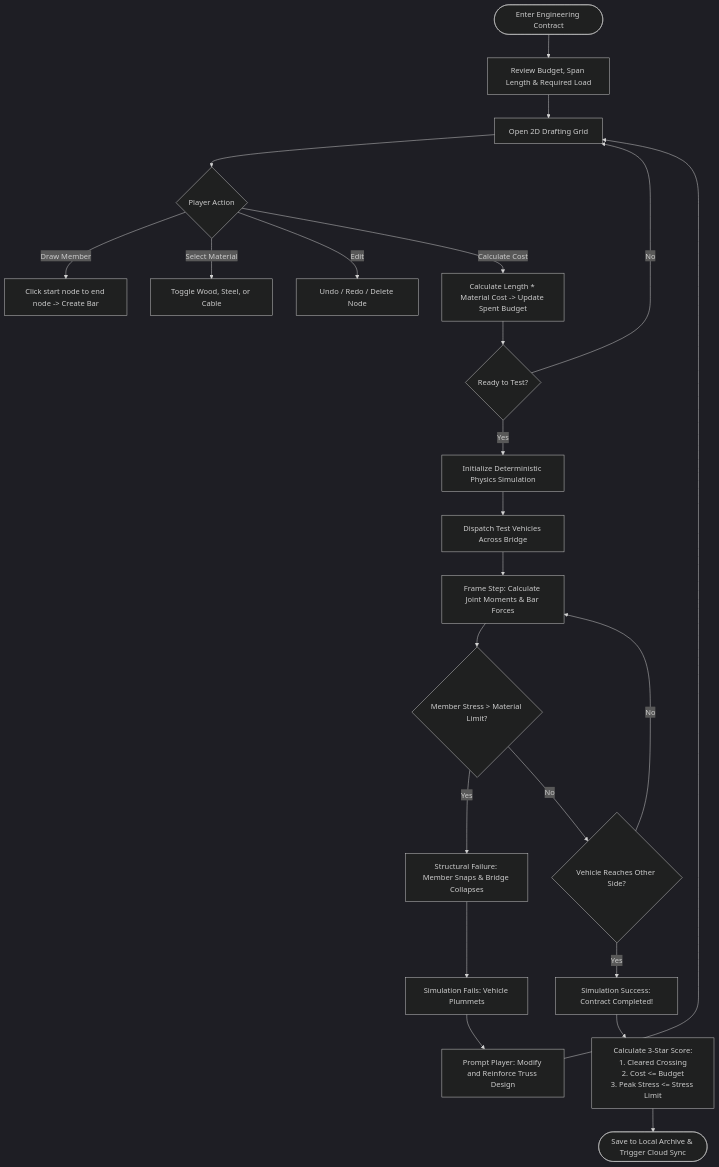
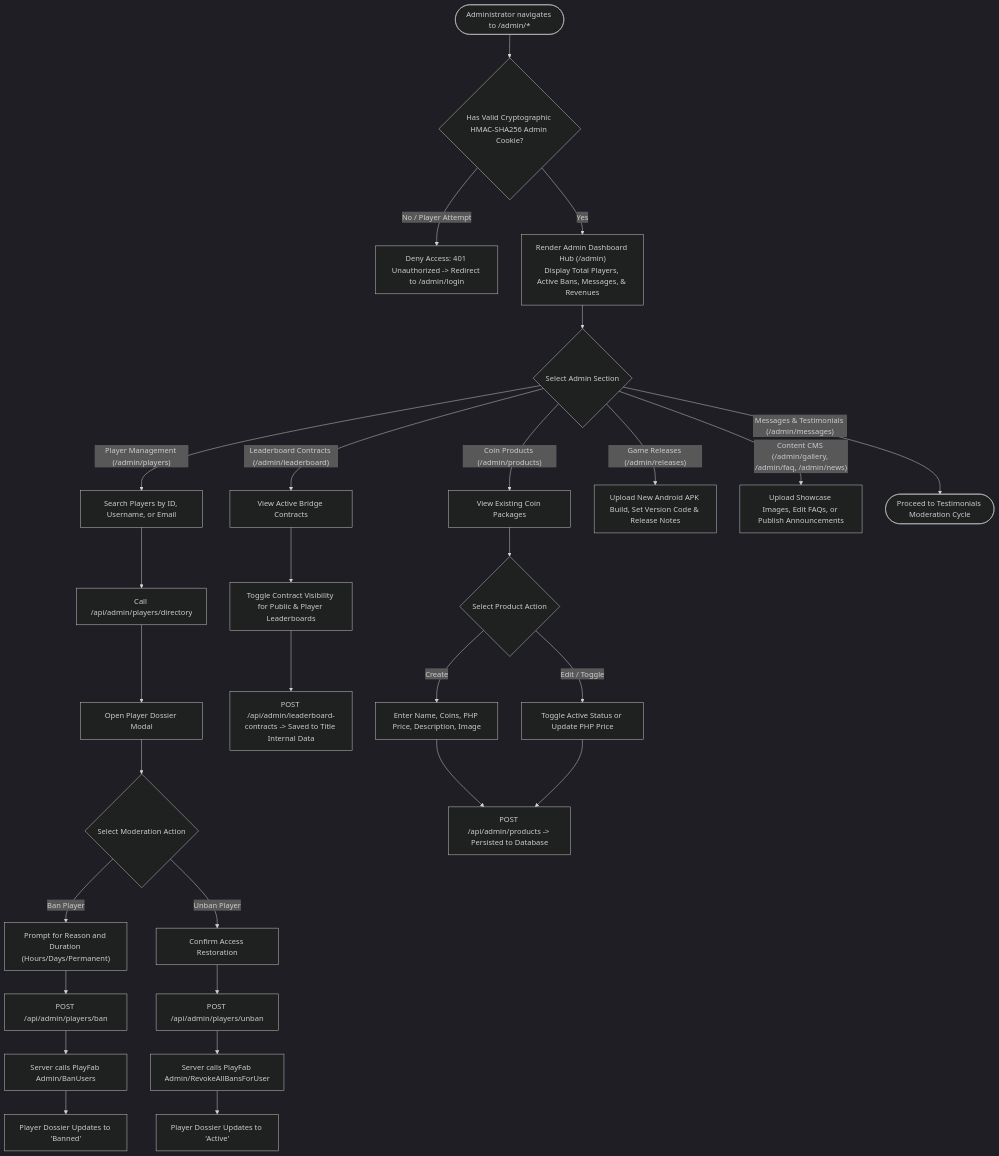
Before and after one commit to Astra1127/CivilCraft: the fifth of 9 diagrams in docs/thesis/SYSTEM_FLOWCHART.md, drawn with Mermaid (dark theme). The commit also changed other lines of this file, not shown here.

Commit message:
docs: update CivilCraft website system flowchart

````diff
--- a/docs/thesis/SYSTEM_FLOWCHART.md
+++ b/docs/thesis/SYSTEM_FLOWCHART.md
@@ -186,29 +506,45 @@
 ```mermaid
 flowchart TD
-    EnterLevel(["Enter Engineering Contract"]) --> ViewBrief["Review Budget, Span Length & Required Load"]
-    ViewBrief --> BuildMode["Open 2D Drafting Grid"]
+    AdminNav(["Administrator navigates to /admin/*"]) --> VerifyCookie{"Has Valid Cryptographic HMAC-SHA256 Admin Cookie?"}
+    VerifyCookie -- "No / Player Attempt" --> BlockAdminReq["Deny Access: 401 Unauthorized -> Redirect to /admin/login"]
+    VerifyCookie -- "Yes" --> RenderAdminHub["Render Admin Dashboard Hub (/admin)<br/>Display Total Players, Active Bans, Messages, & Revenues"]
 
-    BuildMode --> Action{"Player Action"}
-    Action -- "Draw Member" --> DrawBar["Click start node to end node -> Create Bar"]
-    Action -- "Select Material" --> ChangeMat["Toggle Wood, Steel, or Cable"]
-    Action -- "Edit" --> UndoAction["Undo / Redo / Delete Node"]
-    Action -- "Calculate Cost" --> BudgetCalc["Calculate Length * Material Cost -> Update Spent Budget"]
+    RenderAdminHub --> SelectAdminModule{"Select Admin Section"}
 
-    BudgetCalc --> ReadyTest{"Ready to Test?"}
-    ReadyTest -- "No" --> BuildMode
-    ReadyTest -- "Yes" --> StartSim["Initialize Deterministic Physics Simulation"]
+    %% Player Moderation
+    SelectAdminModule -- "Player Management (/admin/players)" --> SearchPlayer["Search Players by ID, Username, or Email"]
+    SearchPlayer --> FetchDirectory["Call /api/admin/players/directory"]
+    FetchDirectory --> OpenDossier["Open Player Dossier Modal"]
+    OpenDossier --> DossierAction{"Select Moderation Action"}
+    DossierAction -- "Ban Player" --> PromptBanReason["Prompt for Reason and Duration (Hours/Days/Permanent)"]
+    PromptBanReason --> CallBanAPI["POST /api/admin/players/ban"]
+    CallBanAPI --> PFAdminBan["Server calls PlayFab Admin/BanUsers"]
+    PFAdminBan --> UpdateBannedStatus["Player Dossier Updates to 'Banned'"]
 
-    StartSim --> SpawnVehicle["Dispatch Test Vehicles Across Bridge"]
-    SpawnVehicle --> LoopPhysics["Frame Step: Calculate Joint Moments & Bar Forces"]
-    LoopPhysics --> StressEval{"Member Stress > Material Limit?"}
-    StressEval -- "Yes" --> BreakMember["Structural Failure: Member Snaps & Bridge Collapses"]
-    BreakMember --> SimFail["Simulation Fails: Vehicle Plummets"]
-    SimFail --> ReturnDraft["Prompt Player: Modify and Reinforce Truss Design"]
-    ReturnDraft --> BuildMode
+    DossierAction -- "Unban Player" --> ConfirmUnban["Confirm Access Restoration"]
+    ConfirmUnban --> CallUnbanAPI["POST /api/admin/players/unban"]
+    CallUnbanAPI --> PFAdminUnban["Server calls PlayFab Admin/RevokeAllBansForUser"]
+    PFAdminUnban --> UpdateActiveStatus["Player Dossier Updates to 'Active'"]
 
-    StressEval -- "No" --> VehicleAcross{"Vehicle Reaches Other Side?"}
-    VehicleAcross -- "No" --> LoopPhysics
-    VehicleAcross -- "Yes" --> SimPass["Simulation Success: Contract Completed!"]
-    SimPass --> GradeResult["Calculate 3-Star Score:<br/>1. Cleared Crossing<br/>2. Cost <= Budget<br/>3. Peak Stress <= Stress Limit"]
-    GradeResult --> SaveResult(["Save to Local Archive & Trigger Cloud Sync"])
+    %% Leaderboard Visibility Management
+    SelectAdminModule -- "Leaderboard Contracts (/admin/leaderboard)" --> ViewContracts["View Active Bridge Contracts"]
+    ViewContracts --> ToggleContract["Toggle Contract Visibility for Public & Player Leaderboards"]
+    ToggleContract --> SaveContractsAPI["POST /api/admin/leaderboard-contracts -> Saved to Title Internal Data"]
+
+    %% Coin Products Management
+    SelectAdminModule -- "Coin Products (/admin/products)" --> ViewProducts["View Existing Coin Packages"]
+    ViewProducts --> ProductAction{"Select Product Action"}
+    ProductAction -- "Create" --> AddProductModal["Enter Name, Coins, PHP Price, Description, Image"]
+    ProductAction -- "Edit / Toggle" --> ModifyProduct["Toggle Active Status or Update PHP Price"]
+    AddProductModal --> SaveProductAPI["POST /api/admin/products -> Persisted to Database"]
+    ModifyProduct --> SaveProductAPI
+
+    %% Game Releases
+    SelectAdminModule -- "Game Releases (/admin/releases)" --> UploadAPK["Upload New Android APK Build, Set Version Code & Release Notes"]
+
+    %% Content CMS
+    SelectAdminModule -- "Content CMS (/admin/gallery, /admin/faq, /admin/news)" --> UpdateCMS["Upload Showcase Images, Edit FAQs, or Publish Announcements"]
+
+    %% Testimonials & Messages Moderation
+    SelectAdminModule -- "Messages & Testimonials (/admin/messages)" --> OpenInbox(["Proceed to Testimonials Moderation Cycle"])
 ```
````
